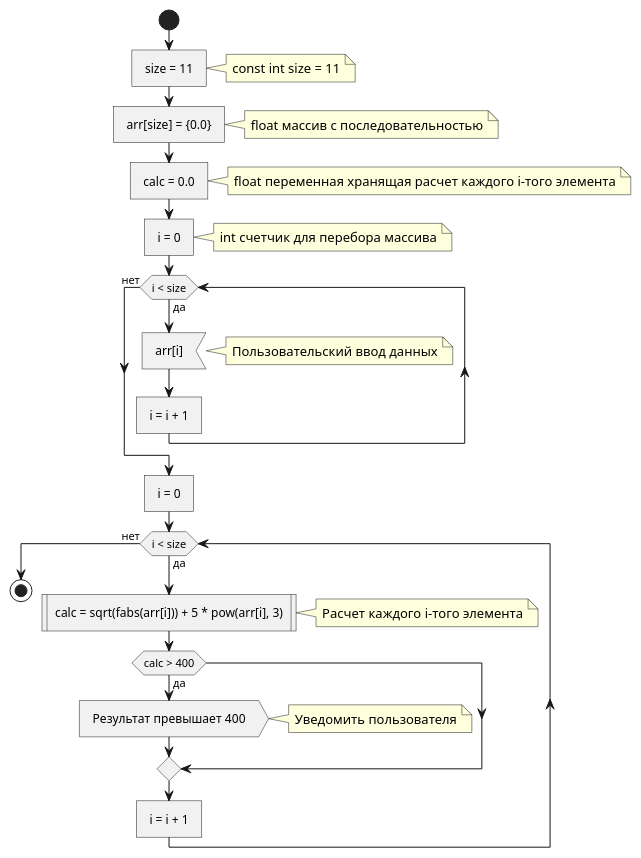
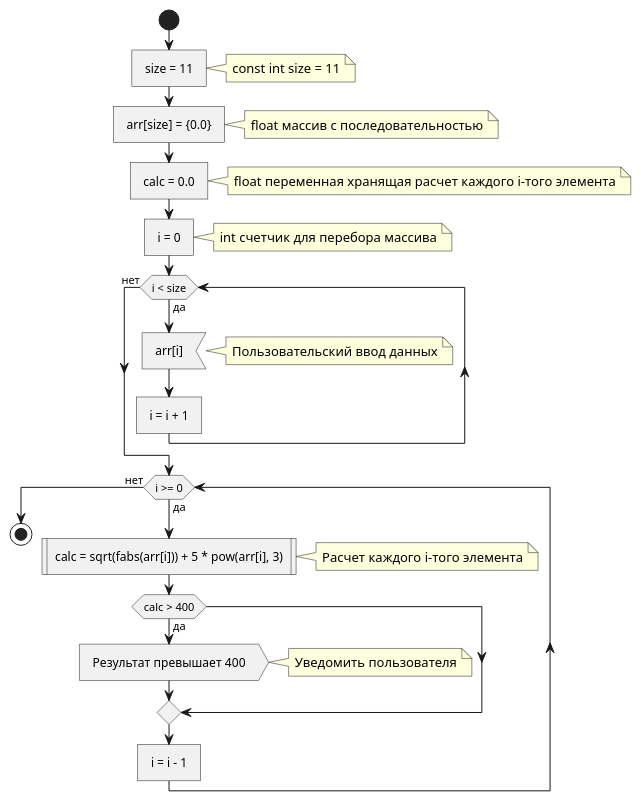
The diagram in lesson_4/uml.puml (AlexanderZhirov/geekbrains_algorithm), drawn with PlantUML before and after one commit. The commit also changed 1 other file, not shown here.

```diff
--- a/lesson_4/uml.puml
+++ b/lesson_4/uml.puml
@@ -1,34 +1,32 @@
 @startuml
 
 start
 
 : size = 11 ]
 note right: const int size = 11
 : arr[size] = {0.0} ]
 note right: float массив с последовательностью
 : calc = 0.0 ]
 note right: float переменная хранящая расчет каждого i-того элемента
 : i = 0 ]
 note right: int счетчик для перебора массива
 
 while (i < size) is (да)
 	: arr[i] <
 	note right: Пользовательский ввод данных
 	: i = i + 1 ]
 endwhile (нет)
 
-: i = 0 ]
-
-while (i < size) is (да)
+while (i >= 0) is (да)
 	: calc = sqrt(fabs(arr[i])) + 5 * pow(arr[i], 3) |
 	note right: Расчет каждого i-того элемента
 	if (calc > 400) then (да)
 		: Результат превышает 400 >
 		note right: Уведомить пользователя
 	endif
-	: i = i + 1 ]
+	: i = i - 1 ]
 endwhile (нет)
 
 stop
 
 @enduml
```
